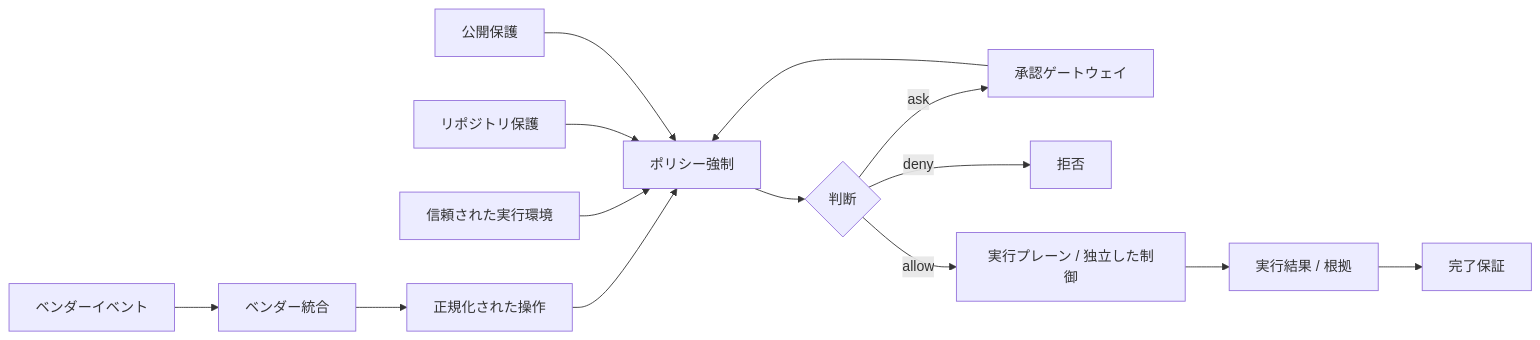
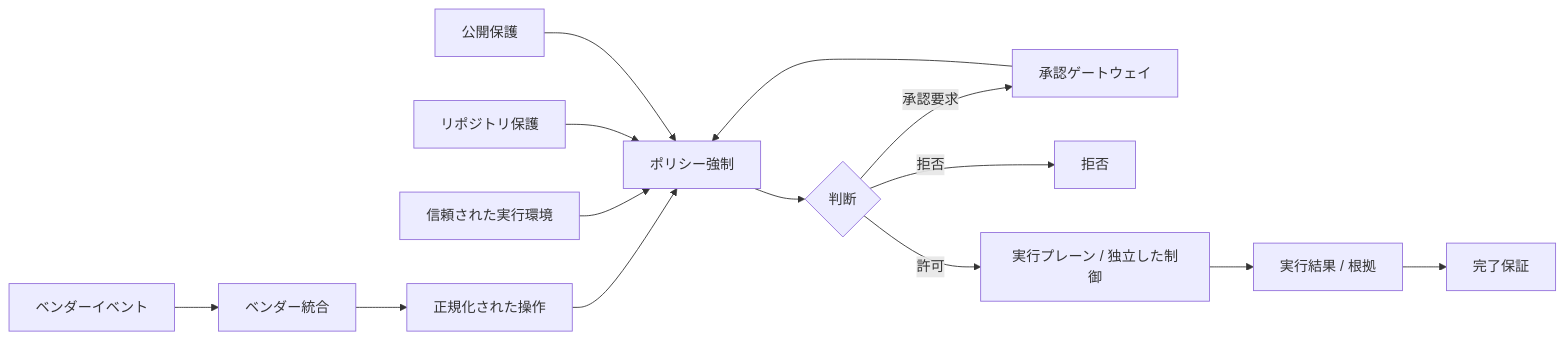
Before and after one commit to tomo-chan/agent-harness: the first of 2 diagrams in docs/spec/agent-harness-spec.ja.md, drawn with Mermaid. The commit also changed 14 other files, not shown here.

````diff
--- a/docs/spec/agent-harness-spec.ja.md
+++ b/docs/spec/agent-harness-spec.ja.md
@@ -66,16 +66,16 @@
 ```mermaid
 flowchart LR
     V[ベンダーイベント] --> A[ベンダー統合]
     A --> N[正規化された操作]
     N --> P[ポリシー強制]
     T[信頼された実行環境] --> P
     R[リポジトリ保護] --> P
     U[公開保護] --> P
     P --> D{判断}
-    D -->|ask| G[承認ゲートウェイ]
+    D -->|承認要求| G[承認ゲートウェイ]
     G --> P
-    D -->|deny| X[拒否]
-    D -->|allow| E[実行プレーン / 独立した制御]
+    D -->|拒否| X[拒否]
+    D -->|許可| E[実行プレーン / 独立した制御]
     E --> F[実行結果 / 根拠]
     F --> C[完了保証]
 ```
````
